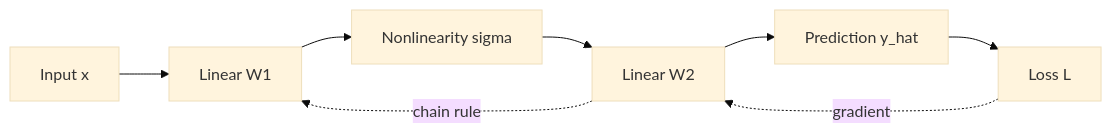
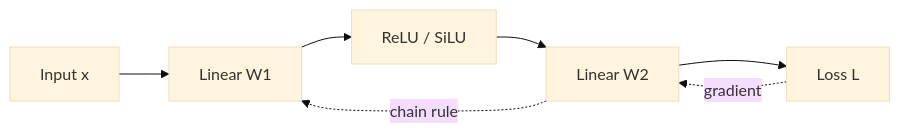
Before and after one commit to zengxiong111/Foundation_of_Embodied_AI: the second of 4 diagrams in md/Deep_Learning_Foundations_EN.md, drawn with Mermaid (base theme). The commit also changed other lines of this file and 10 other files, not shown here.

````diff
--- a/md/Deep_Learning_Foundations_EN.md
+++ b/md/Deep_Learning_Foundations_EN.md
@@ -207,10 +231,9 @@
 ```mermaid
 flowchart LR
-    X[Input x] --> W1[Linear W1]
-    W1 --> N[Nonlinearity sigma]
-    N --> W2[Linear W2]
-    W2 --> Y[Prediction y_hat]
-    Y --> Loss[Loss L]
-    Loss -.gradient.-> W2
-    W2 -.chain rule.-> W1
+    X[Input x] --> Z[Linear W1]
+    Z --> H[ReLU / SiLU]
+    H --> Y[Linear W2]
+    Y --> L[Loss L]
+    L -.gradient.-> Y
+    Y -.chain rule.-> Z
 ```
````
